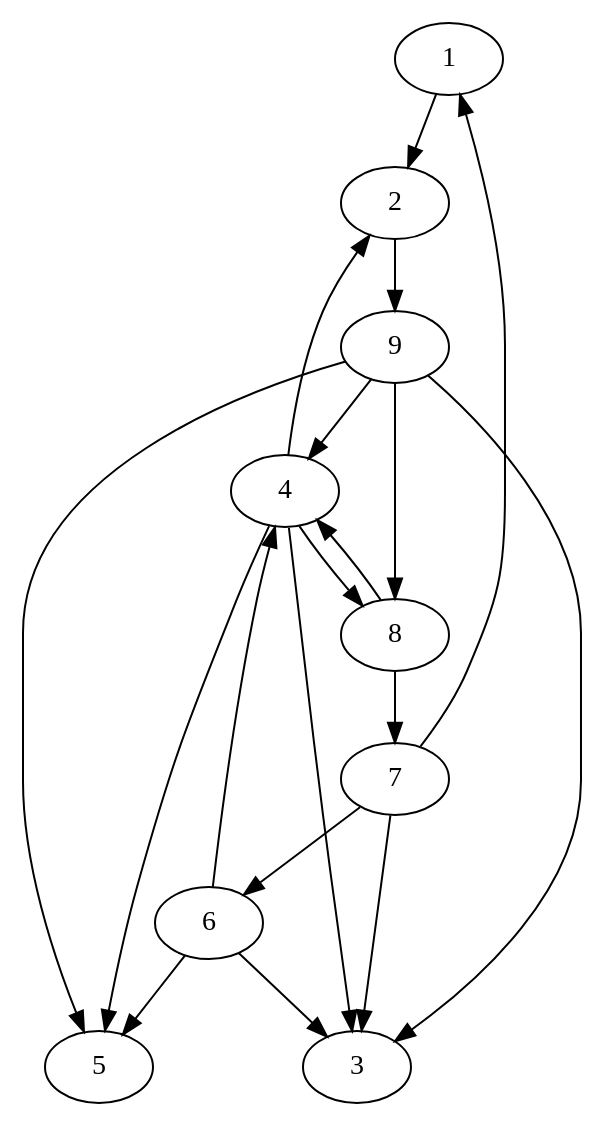
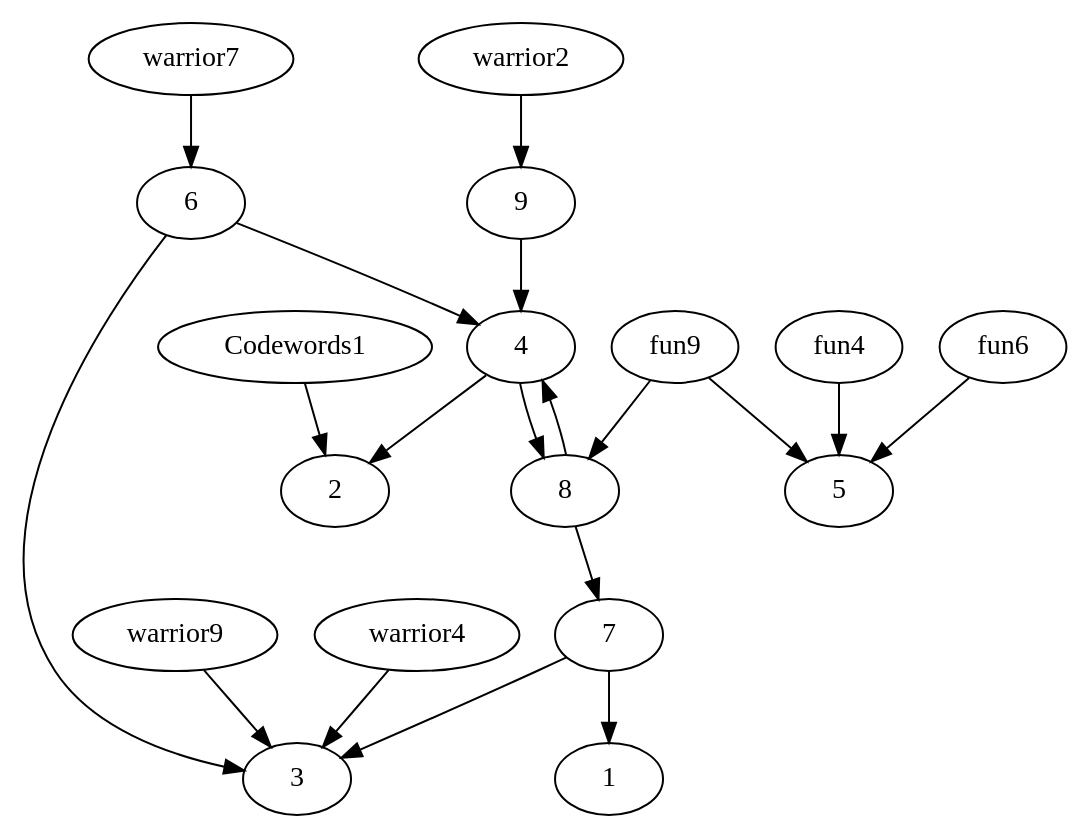
One commit to lifelike/gamebookformat changed the diagram in expected/codewords.dot. Above: the diagram before and after it, drawn with Graphviz. The commit also changed 14 other files, not shown here.

```diff
--- a/expected/codewords.dot
+++ b/expected/codewords.dot
@@ -1,32 +1,21 @@
 digraph gamebook {
 
- 1->2
-2->9
+ Codewords1->2
+warrior2->9
+warrior4->3
 4->2
-
-4->5
-
+fun4->5
 4->8
-
-4->3
+fun6->5
+6->3
 6->4
-
-6->3
-
-6->5
-7->6
-
+warrior7->6
 7->3
-
 7->1
+8->7
 8->4
-
-8->7
-9->3
-
-9->8
-
-9->5
-
+warrior9->3
+fun9->8
+fun9->5
 9->4
 }
```
